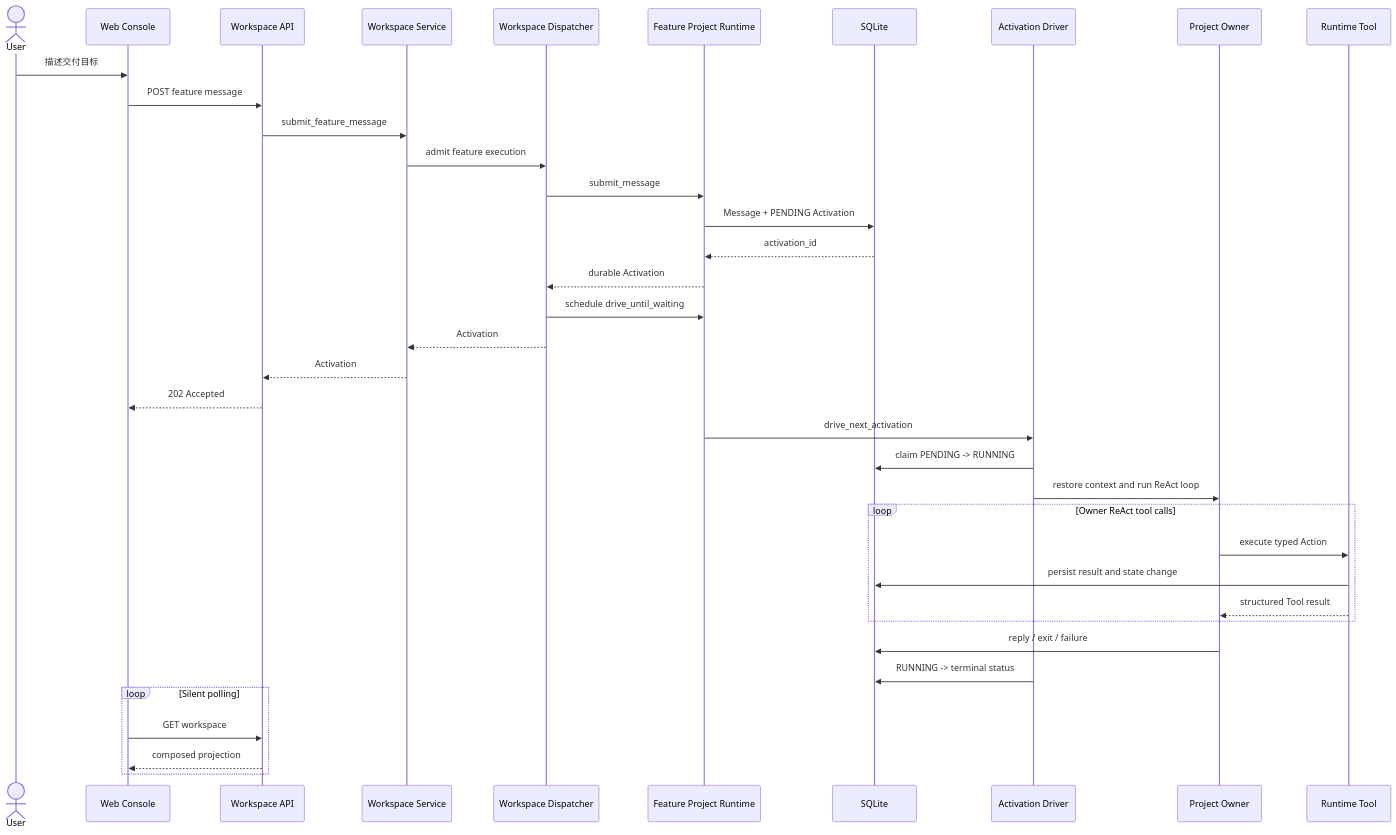
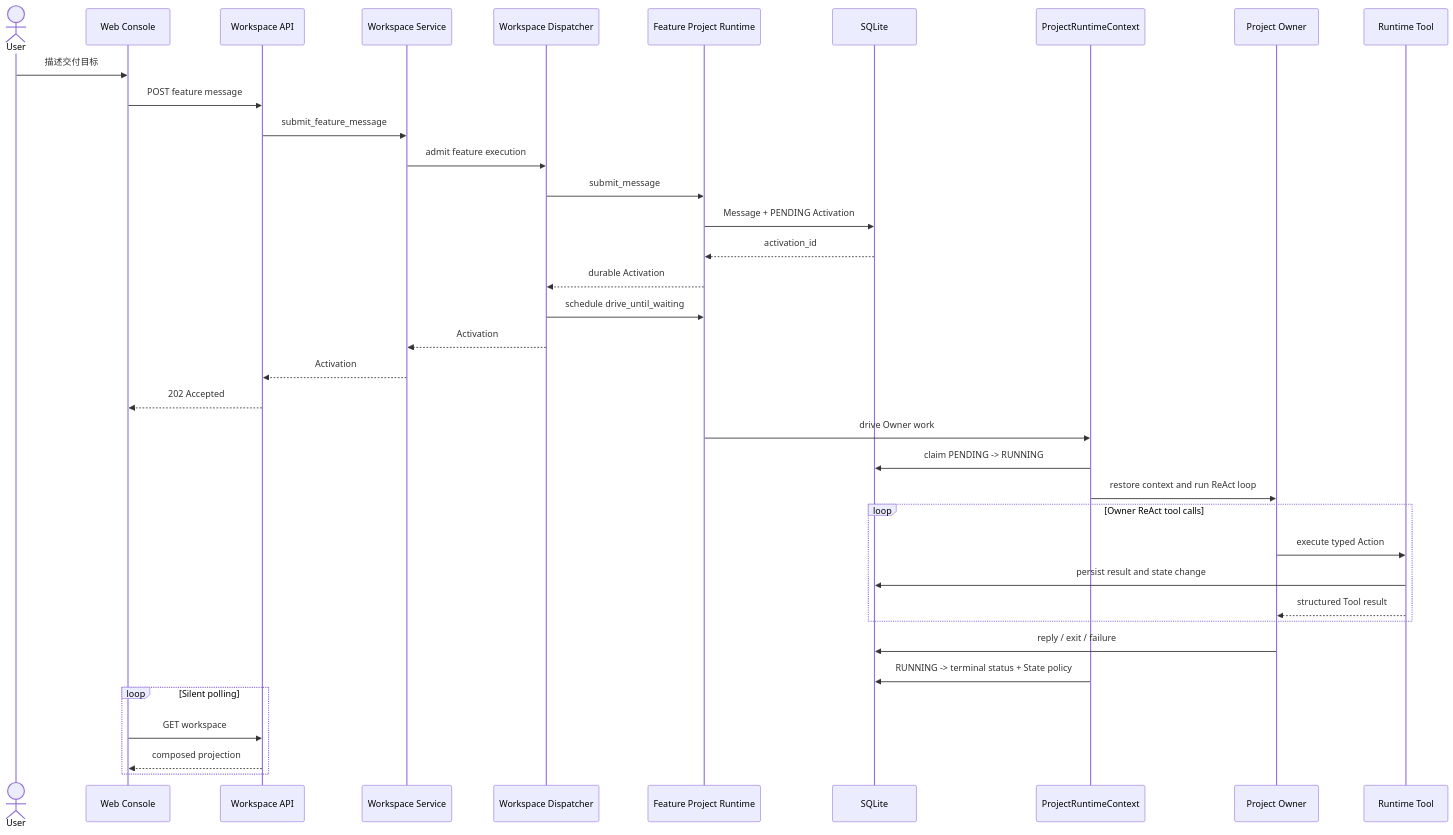
Before and after one commit to aowo-1345/AgentPanelX: the fourth of 10 diagrams in docs/architecture.md, drawn with Mermaid. The commit also changed other lines of this file and 19 other files, not shown here.

Commit message:
refactor: make context own owner activations (issue 02)

````diff
--- a/docs/architecture.md
+++ b/docs/architecture.md
@@ -232,40 +232,40 @@
 ```mermaid
 sequenceDiagram
     actor User
     participant Web as Web Console
     participant API as Workspace API
     participant WS as Workspace Service
     participant Dispatcher as Workspace Dispatcher
     participant Runtime as Feature Project Runtime
     participant DB as SQLite
-    participant Driver as Activation Driver
+    participant Context as ProjectRuntimeContext
     participant Owner as Project Owner
     participant Tool as Runtime Tool
 
     User->>Web: 描述交付目标
     Web->>API: POST feature message
     API->>WS: submit_feature_message
     WS->>Dispatcher: admit feature execution
     Dispatcher->>Runtime: submit_message
     Runtime->>DB: Message + PENDING Activation
     DB-->>Runtime: activation_id
     Runtime-->>Dispatcher: durable Activation
     Dispatcher->>Runtime: schedule drive_until_waiting
     Dispatcher-->>WS: Activation
     WS-->>API: Activation
     API-->>Web: 202 Accepted
-    Runtime->>Driver: drive_next_activation
-    Driver->>DB: claim PENDING -> RUNNING
-    Driver->>Owner: restore context and run ReAct loop
+    Runtime->>Context: drive Owner work
+    Context->>DB: claim PENDING -> RUNNING
+    Context->>Owner: restore context and run ReAct loop
     loop Owner ReAct tool calls
         Owner->>Tool: execute typed Action
         Tool->>DB: persist result and state change
         Tool-->>Owner: structured Tool result
     end
     Owner->>DB: reply / exit / failure
-    Driver->>DB: RUNNING -> terminal status
+    Context->>DB: RUNNING -> terminal status + State policy
     loop Silent polling
         Web->>API: GET workspace
         API-->>Web: composed projection
     end
 ```
````
